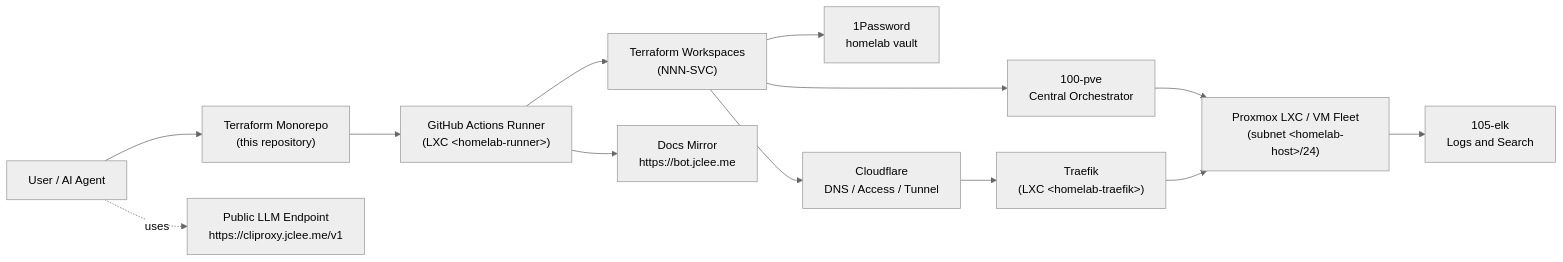
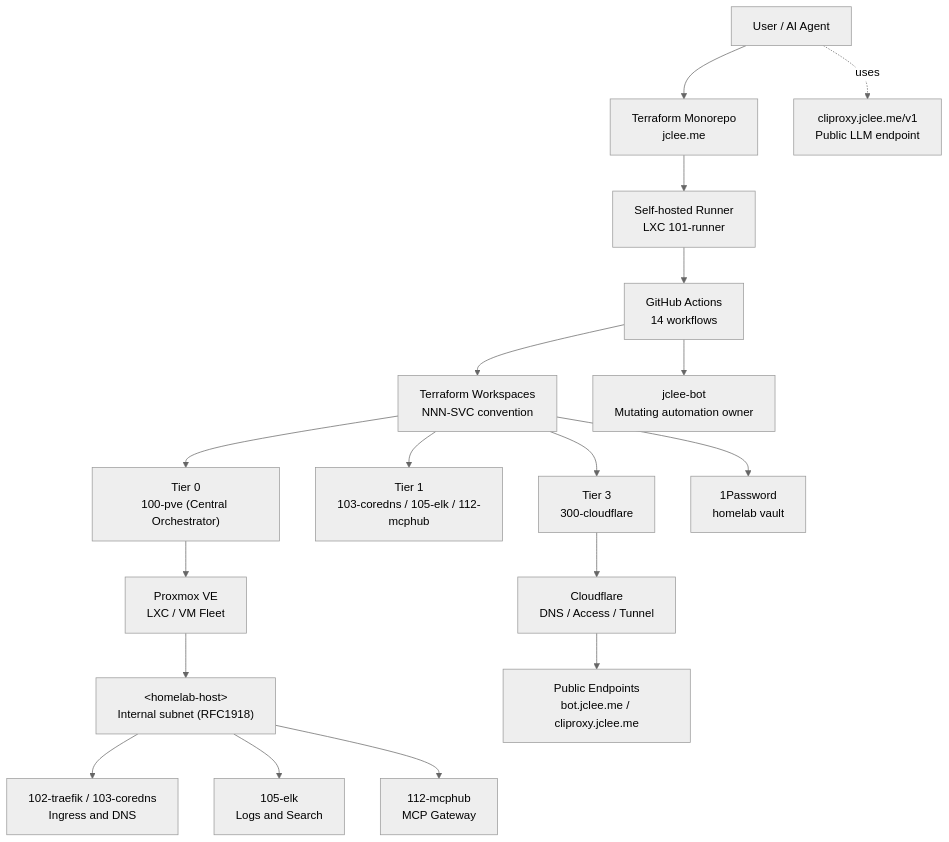
The first of 2 diagrams in README.md (jclee941/terraform), drawn with Mermaid (neutral theme) before and after one commit. The commit also changed other lines of this file, not shown here.

````diff
--- a/README.md
+++ b/README.md
@@ -55,15 +53,20 @@
 ```mermaid
-flowchart LR
-  Agent["User / AI Agent"] --> Repo["Terraform Monorepo<br/>(this repository)"]
-  Repo --> CI["GitHub Actions Runner<br/>(LXC &lt;homelab-runner&gt;)"]
-  CI --> TF["Terraform Workspaces<br/>(NNN-SVC)"]
-  TF --> PVE["100-pve<br/>Central Orchestrator"]
-  PVE --> Fleet["Proxmox LXC / VM Fleet<br/>(subnet &lt;homelab-host&gt;/24)"]
-  TF --> OP["1Password<br/>homelab vault"]
-  TF --> CF["Cloudflare<br/>DNS / Access / Tunnel"]
-  Fleet --> ELK["105-elk<br/>Logs and Search"]
-  CF --> Traefik["Traefik<br/>(LXC &lt;homelab-traefik&gt;)"]
-  Traefik --> Fleet
-  CI --> DocMirror["Docs Mirror<br/>https://bot.jclee.me"]
-  Agent -.uses.-> Public["Public LLM Endpoint<br/>https://cliproxy.jclee.me/v1"]
+flowchart TB
+    Agent["User / AI Agent"] --> Repo["Terraform Monorepo<br/>jclee.me"]
+    Repo --> Runner["Self-hosted Runner<br/>LXC 101-runner"]
+    Runner --> CI["GitHub Actions<br/>14 workflows"]
+    CI --> WK["Terraform Workspaces<br/>NNN-SVC convention"]
+    WK --> T0["Tier 0<br/>100-pve (Central Orchestrator)"]
+    WK --> T1["Tier 1<br/>103-coredns / 105-elk / 112-mcphub"]
+    WK --> T3["Tier 3<br/>300-cloudflare"]
+    T0 --> PVE["Proxmox VE<br/>LXC / VM Fleet"]
+    PVE --> Fleet["&lt;homelab-host&gt;<br/>Internal subnet (RFC1918)"]
+    Fleet --> Edge["102-traefik / 103-coredns<br/>Ingress and DNS"]
+    Fleet --> Obs["105-elk<br/>Logs and Search"]
+    Fleet --> MCP["112-mcphub<br/>MCP Gateway"]
+    T3 --> CF["Cloudflare<br/>DNS / Access / Tunnel"]
+    CF --> Public["Public Endpoints<br/>bot.jclee.me / cliproxy.jclee.me"]
+    WK --> OP["1Password<br/>homelab vault"]
+    CI --> Bot["jclee-bot<br/>Mutating automation owner"]
+    Agent -.uses.-> LLM["cliproxy.jclee.me/v1<br/>Public LLM endpoint"]
 ```
````
